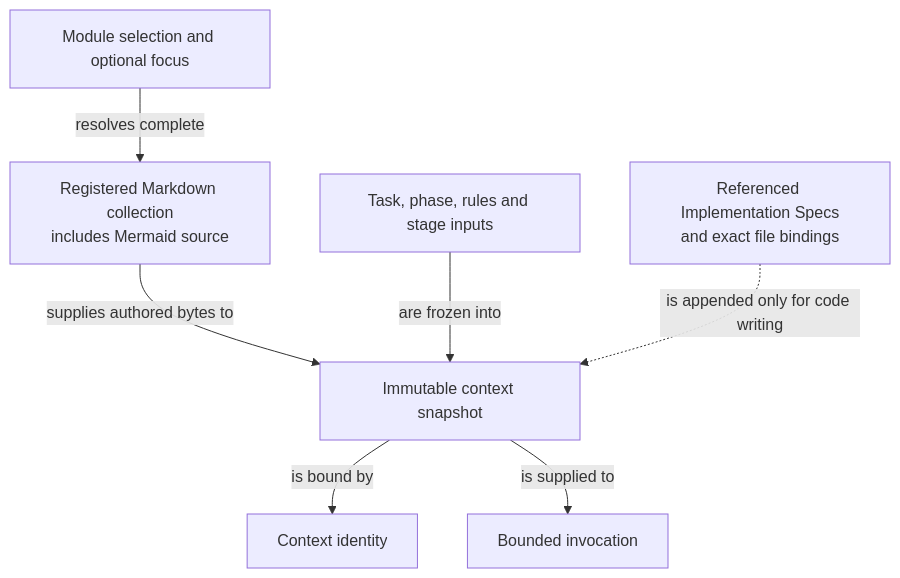
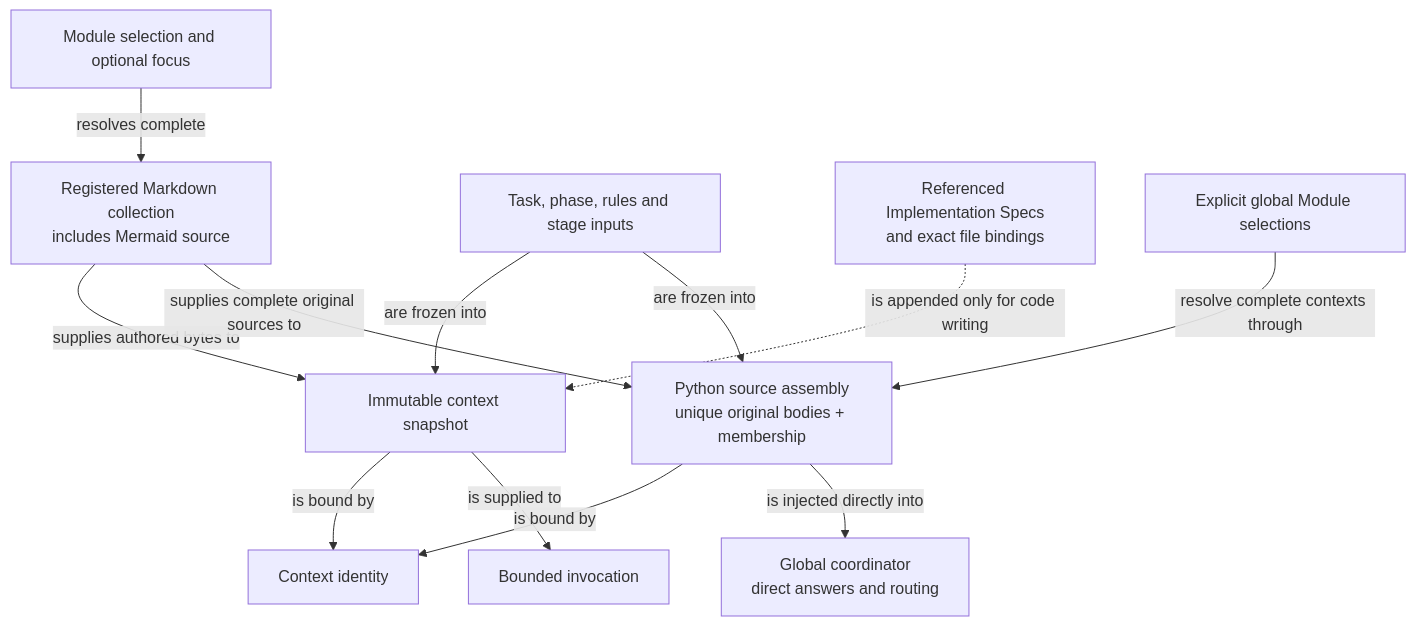
Before and after one commit to FTOD/concorde: the diagram in specs/modules/concorde/spec-context/module.md, drawn with Mermaid. The commit also changed other lines of this file and 48 other files, not shown here.

Commit message:
refactor: replace reader agent with direct Spec context injection

````diff
--- a/specs/modules/concorde/spec-context/module.md
+++ b/specs/modules/concorde/spec-context/module.md
@@ -25,18 +25,26 @@
 ```mermaid
 flowchart TB
     accTitle: Module contexts entities and relationships
-    accDescr: A selection identifies one providing Module and an optional local focus. Its registered collection supplies the complete project contract. Context assembly combines those authored bytes with the phase, task, pinned rules, instructions and admitted stage inputs; the resulting immutable snapshot is identified by all admitted bytes and lifecycle identity.
+    accDescr: A bounded task selects one Module; the global coordinator may explicitly select several complete Module contexts. Python resolves registered Markdown and diagram sources, deduplicates original bodies and preserves membership. Task, phase, rules and lifecycle identity bind the immutable input.
     selection["Module selection and optional focus"]
     collection["Registered Markdown collection<br/>includes Mermaid source"]
     inputs["Task, phase, rules and stage inputs"]
     snapshot["Immutable context snapshot"]
     identity["Context identity"]
     realization["Referenced Implementation Specs<br/>and exact file bindings"]
     worker["Bounded invocation"]
+    selections["Explicit global Module selections"]
+    pool["Python source assembly<br/>unique original bodies + membership"]
+    coordinator["Global coordinator<br/>direct answers and routing"]
     selection -->|resolves complete| collection
     collection -->|supplies authored bytes to| snapshot
     inputs -->|are frozen into| snapshot
     realization -.->|is appended only for code writing| snapshot
     snapshot -->|is bound by| identity
     snapshot -->|is supplied to| worker
+    selections -->|resolve complete contexts through| pool
+    collection -->|supplies complete original sources to| pool
+    inputs -->|are frozen into| pool
+    pool -->|is bound by| identity
+    pool -->|is injected directly into| coordinator
 ```
````
